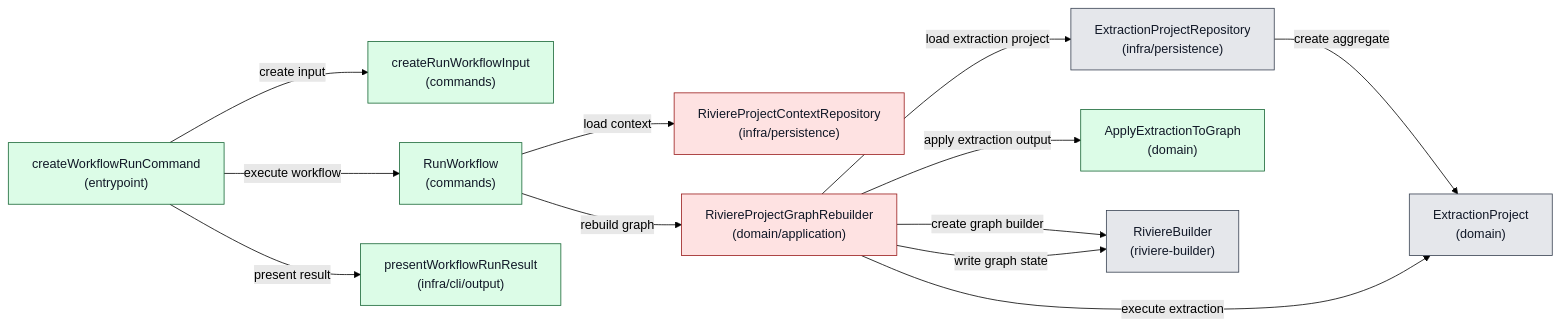
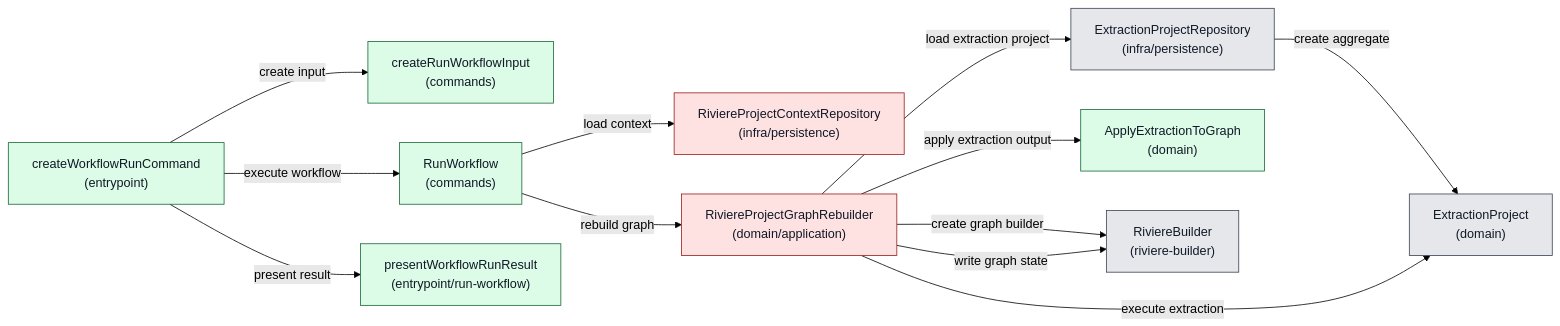
One commit to NTCoding/living-architecture changed the fourth of 5 diagrams in docs/project/PRD/riviere-extraction-workflows-v1/ARCH.md. Above: the diagram before and after it, drawn with Mermaid (forest theme). The commit also changed other lines of this file and 6 other files, not shown here.

````diff
--- a/docs/project/PRD/riviere-extraction-workflows-v1/ARCH.md
+++ b/docs/project/PRD/riviere-extraction-workflows-v1/ARCH.md
@@ -620,40 +650,40 @@
 ```mermaid
 flowchart LR
   entrypoint["createWorkflowRunCommand<br/>(entrypoint)"]
   inputFactory["createRunWorkflowInput<br/>(commands)"]
   useCase["RunWorkflow<br/>(commands)"]
   contextRepository["RiviereProjectContextRepository<br/>(infra/persistence)"]
   extractionRepository["ExtractionProjectRepository<br/>(infra/persistence)"]
   rebuilder["RiviereProjectGraphRebuilder<br/>(domain/application)"]
   extractionProject["ExtractionProject<br/>(domain)"]
   graphApplier["ApplyExtractionToGraph<br/>(domain)"]
   builder["RiviereBuilder<br/>(riviere-builder)"]
-  formatter["presentWorkflowRunResult<br/>(infra/cli/output)"]
+  formatter["presentWorkflowRunResult<br/>(entrypoint/run-workflow)"]
 
   entrypoint -->|create input| inputFactory
   entrypoint -->|execute workflow| useCase
   useCase -->|load context| contextRepository
   useCase -->|rebuild graph| rebuilder
   rebuilder -->|load extraction project| extractionRepository
   extractionRepository -->|create aggregate| extractionProject
   rebuilder -->|execute extraction| extractionProject
   rebuilder -->|create graph builder| builder
   rebuilder -->|apply extraction output| graphApplier
   rebuilder -->|write graph state| builder
   entrypoint -->|present result| formatter
 
   classDef statusExisting fill:#e5e7eb,stroke:#374151,color:#111827
   classDef statusChanged fill:#fef3c7,stroke:#92400e,color:#111827
   classDef statusNew fill:#dcfce7,stroke:#166534,color:#111827
   classDef statusRejected fill:#fee2e2,stroke:#991b1b,color:#111827
   class entrypoint statusNew
   class inputFactory statusNew
   class useCase statusNew
   class contextRepository statusRejected
   class extractionRepository statusExisting
   class rebuilder statusRejected
   class extractionProject statusExisting
   class graphApplier statusNew
   class builder statusExisting
   class formatter statusNew
 ```
````
